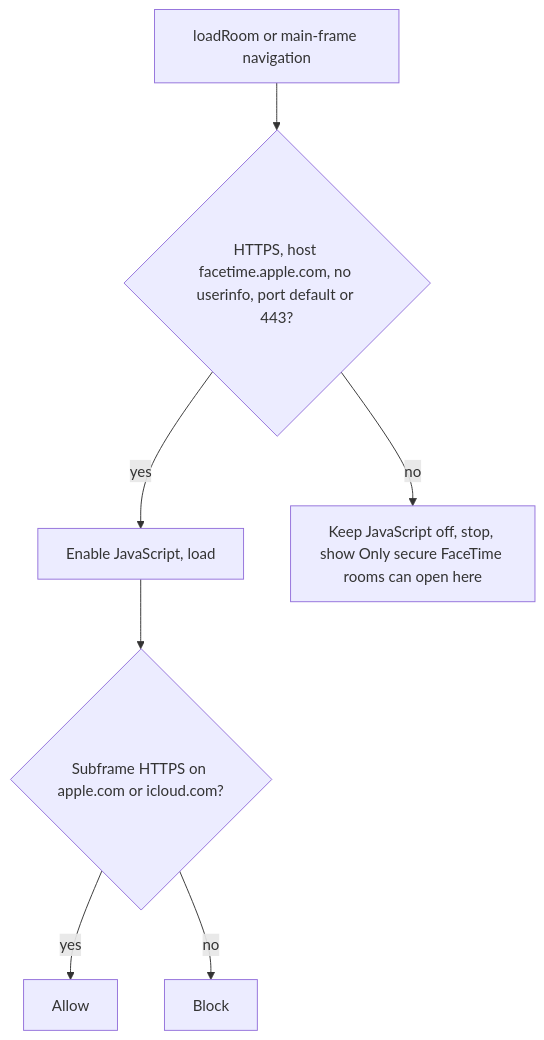
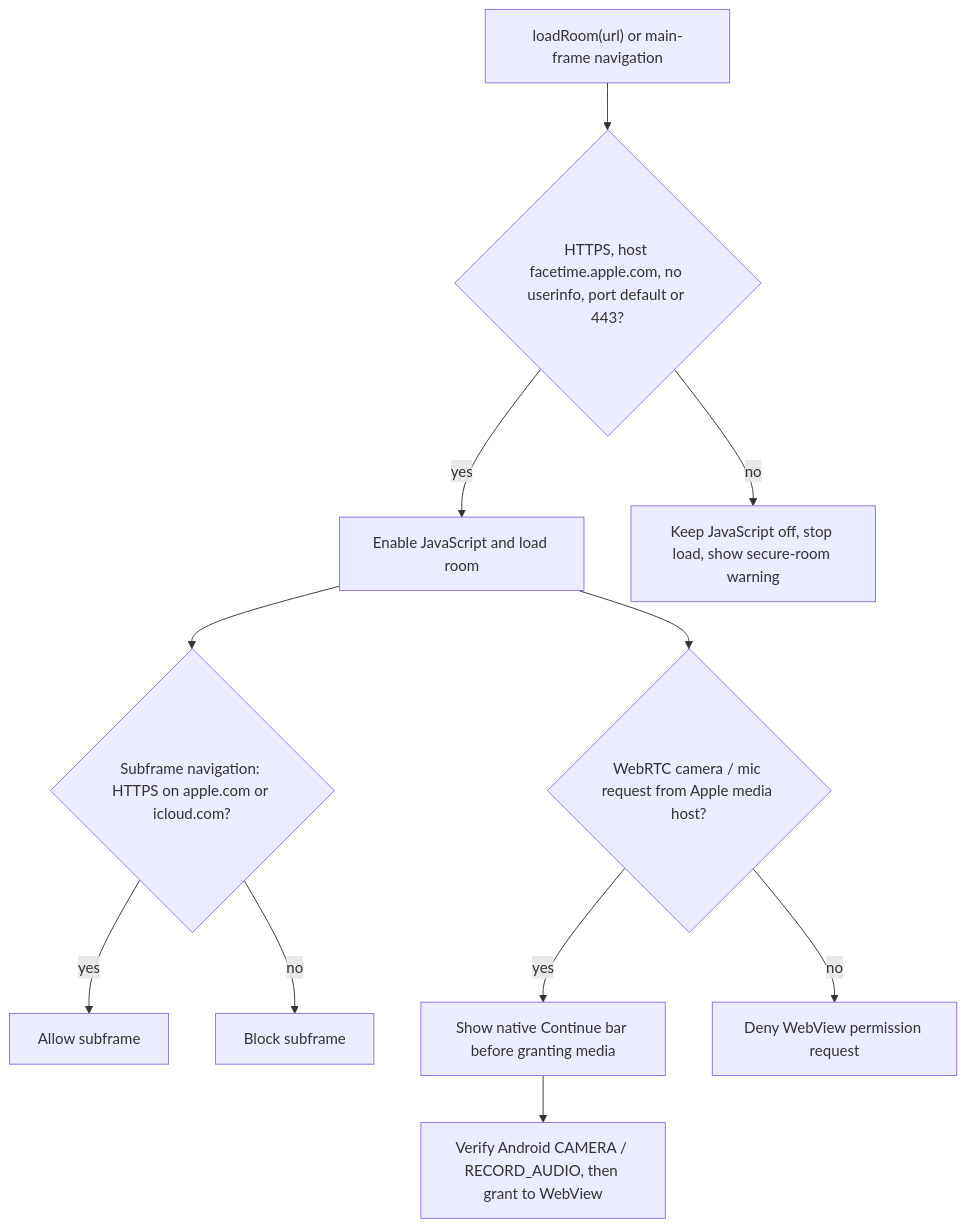
Before and after one commit to d4551/BaoTime: the seventh of 7 diagrams in README.md, drawn with Mermaid. The commit also changed other lines of this file and 20 other files, not shown here.

````diff
--- a/README.md
+++ b/README.md
@@ -245,17 +376,25 @@
 ```mermaid
 flowchart TD
-  start["loadRoom or main-frame navigation"]
+  start["loadRoom(url) or main-frame navigation"]
   check{"HTTPS, host facetime.apple.com, no userinfo, port default or 443?"}
-  jsOn["Enable JavaScript, load"]
-  jsOff["Keep JavaScript off, stop, show Only secure FaceTime rooms can open here"]
-  sub{"Subframe HTTPS on apple.com or icloud.com?"}
-  allow["Allow"]
-  block["Block"]
+  jsOn["Enable JavaScript and load room"]
+  jsOff["Keep JavaScript off, stop load, show secure-room warning"]
+  sub{"Subframe navigation: HTTPS on apple.com or icloud.com?"}
+  allowSub["Allow subframe"]
+  blockSub["Block subframe"]
+  mediaReq{"WebRTC camera / mic request from Apple media host?"}
+  contPrompt["Show native Continue bar before granting media"]
+  sysPerm["Verify Android CAMERA / RECORD_AUDIO, then grant to WebView"]
+  denyMedia["Deny WebView permission request"]
 
   start --> check
-  check -->|yes| jsOn
-  check -->|no| jsOff
+  check -->|"yes"| jsOn
+  check -->|"no"| jsOff
   jsOn --> sub
-  sub -->|yes| allow
-  sub -->|no| block
+  sub -->|"yes"| allowSub
+  sub -->|"no"| blockSub
+  jsOn --> mediaReq
+  mediaReq -->|"yes"| contPrompt
+  mediaReq -->|"no"| denyMedia
+  contPrompt --> sysPerm
 ```
````
